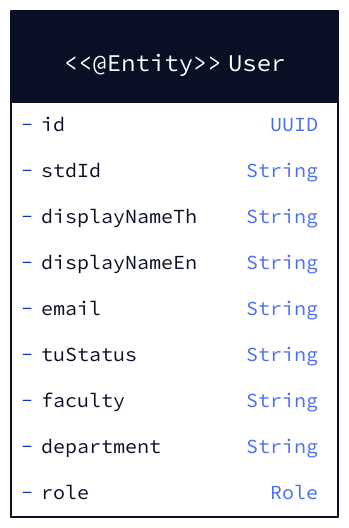
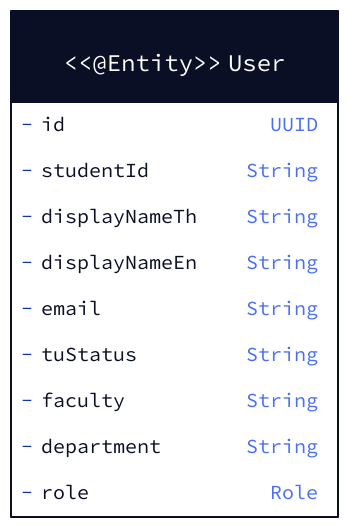
One commit to Saranwich/CS261 changed the diagram in docs/Diagrams/ClassesDiagrams/components/entities/user.d2. Above: the diagram before and after it, drawn with D2. The commit also changed 8 other files, not shown here.

Commit message:
chore(diagrams): US2 add 403 not-student branch, rename stdId to studentId

```diff
--- a/docs/Diagrams/ClassesDiagrams/components/entities/user.d2
+++ b/docs/Diagrams/ClassesDiagrams/components/entities/user.d2
@@ -1,13 +1,13 @@
 user: {
   shape: class
   label: "<<@Entity>>\nUser"
   -id: UUID
-  -stdId: String
+  -studentId: String
   -displayNameTh: String
   -displayNameEn: String
   -email: String
   -tuStatus: String
   -faculty: String
   -department: String
   -role: Role
 }
```
